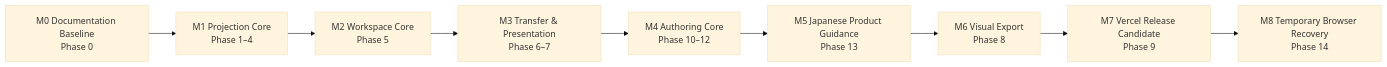
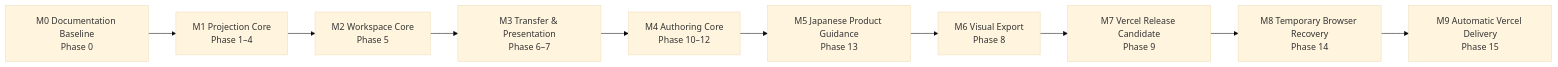
One commit to dayaa-arch/granvas changed the diagram in docs/development-roadmap.md. Above: the diagram before and after it, drawn with Mermaid (base theme). The commit also changed other lines of this file and 15 other files, not shown here.

Commit message:
chore: automate Vercel production delivery

````diff
--- a/docs/development-roadmap.md
+++ b/docs/development-roadmap.md
@@ -22,11 +22,12 @@
 ```mermaid
 flowchart LR
     M0["M0 Documentation Baseline<br/>Phase 0"] --> M1["M1 Projection Core<br/>Phase 1–4"]
     M1 --> M2["M2 Workspace Core<br/>Phase 5"]
     M2 --> M3["M3 Transfer & Presentation<br/>Phase 6–7"]
     M3 --> M4["M4 Authoring Core<br/>Phase 10–12"]
     M4 --> M5["M5 Japanese Product Guidance<br/>Phase 13"]
     M5 --> M6["M6 Visual Export<br/>Phase 8"]
     M6 --> M7["M7 Vercel Release Candidate<br/>Phase 9"]
     M7 --> M8["M8 Temporary Browser Recovery<br/>Phase 14"]
+    M8 --> M9["M9 Automatic Vercel Delivery<br/>Phase 15"]
 ```
````
